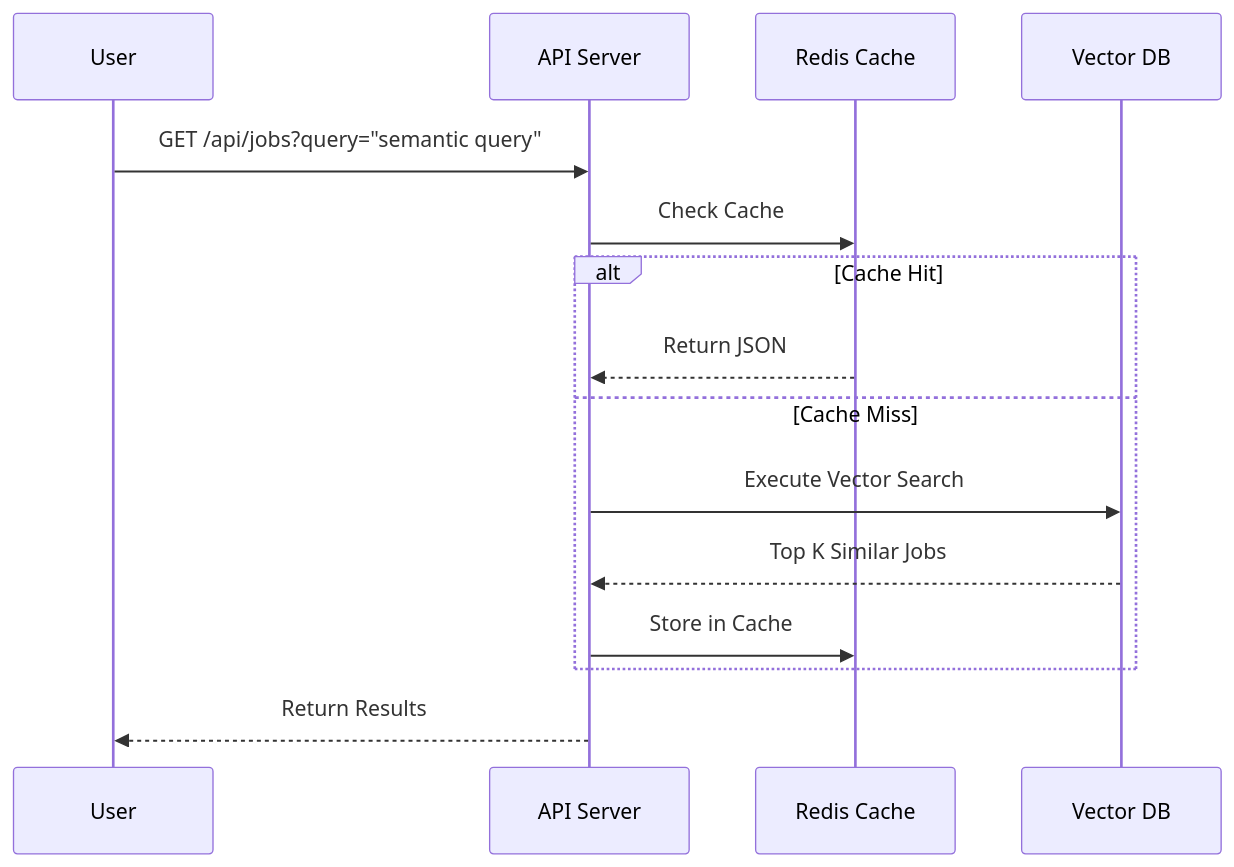
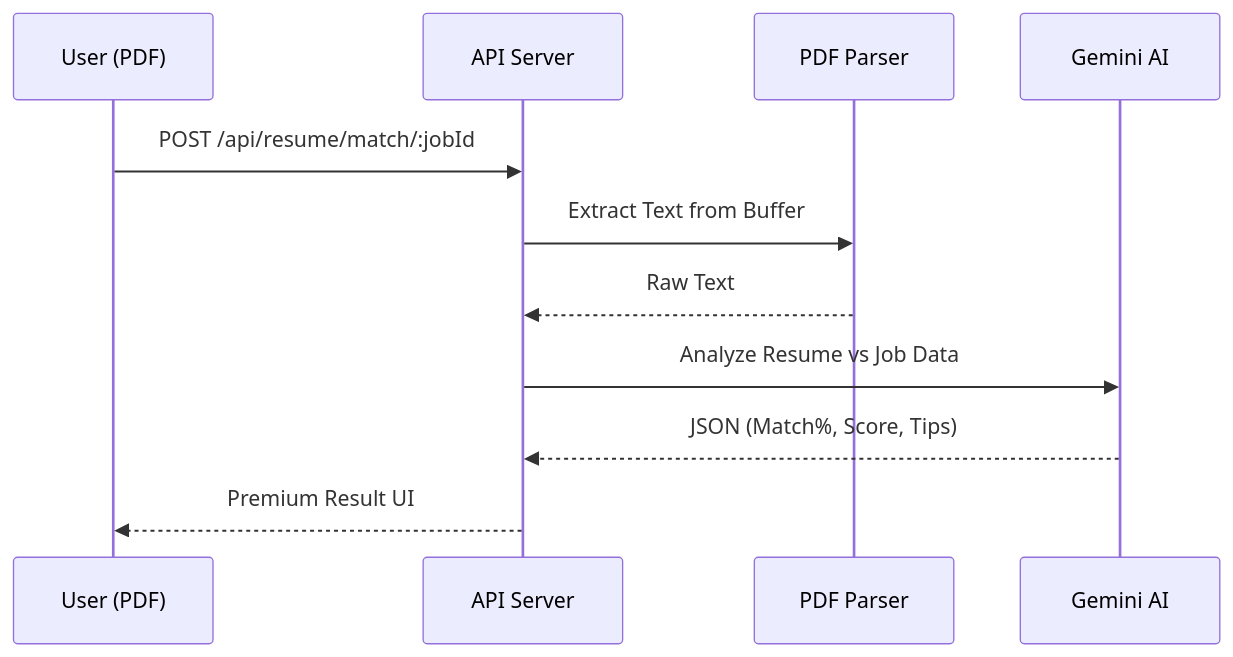
One commit to Minato95-ayu/job-finder changed the second of 2 diagrams in README.md. Above: the diagram before and after it, drawn with Mermaid. The commit also changed other lines of this file and 1 other file, not shown here.

Commit message:
feat: add MIT license and update project documentation to reflect AI-driven features and updated architecture

````diff
--- a/README.md
+++ b/README.md
@@ -100,18 +76,14 @@
 ```mermaid
 sequenceDiagram
-    participant U as User
+    participant U as User (PDF)
     participant A as API Server
-    participant R as Redis Cache
-    participant V as Vector DB
+    participant P as PDF Parser
+    participant G as Gemini AI
     
-    U->>A: GET /api/jobs?query="semantic query"
-    A->>R: Check Cache
-    alt Cache Hit
-        R-->>A: Return JSON
-    else Cache Miss
-        A->>V: Execute Vector Search
-        V-->>A: Top K Similar Jobs
-        A->>R: Store in Cache
-    end
-    A-->>U: Return Results
+    U->>A: POST /api/resume/match/:jobId
+    A->>P: Extract Text from Buffer
+    P-->>A: Raw Text
+    A->>G: Analyze Resume vs Job Data
+    G-->>A: JSON (Match%, Score, Tips)
+    A-->>U: Premium Result UI
 ```
````
